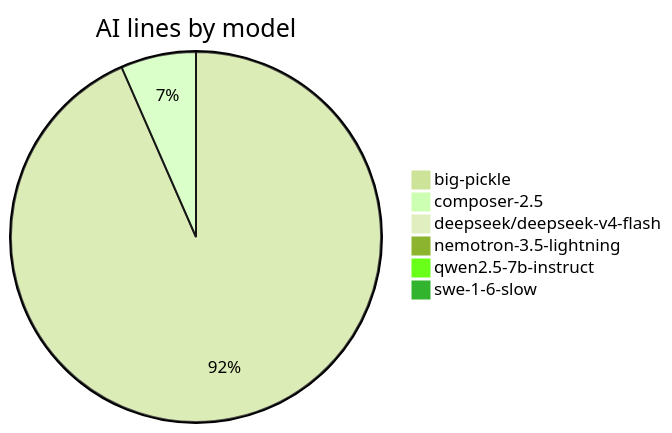
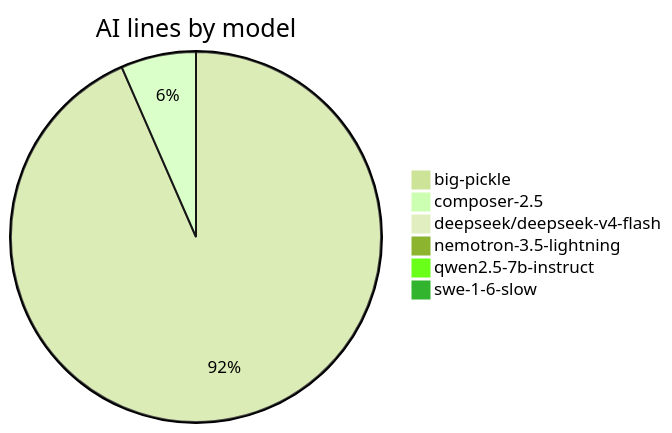
The fourth of 5 diagrams in AI-AUTHORSHIP.md (CaliMark/game-of-life), drawn with Mermaid (forest theme) before and after one commit. The commit also changed other lines of this file and 1 other file, not shown here.

````diff
--- a/AI-AUTHORSHIP.md
+++ b/AI-AUTHORSHIP.md
@@ -58,9 +56,9 @@
 ```mermaid
 pie title AI lines by model
-    "big-pickle" : 597
+    "big-pickle" : 598
     "composer-2.5" : 42
     "deepseek/deepseek-v4-flash" : 1
     "nemotron-3.5-lightning" : 1
     "qwen2.5-7b-instruct" : 3
     "swe-1-6-slow" : 2
 ```
````
